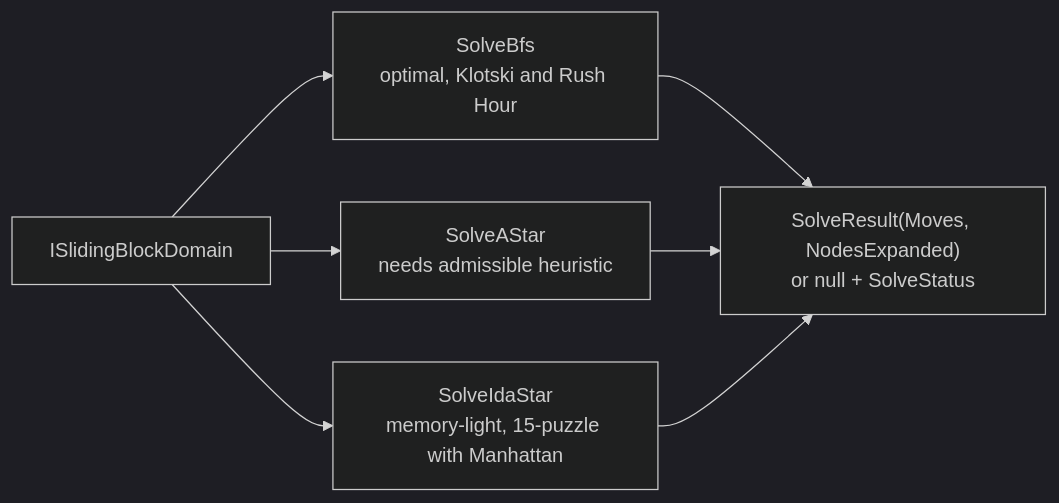
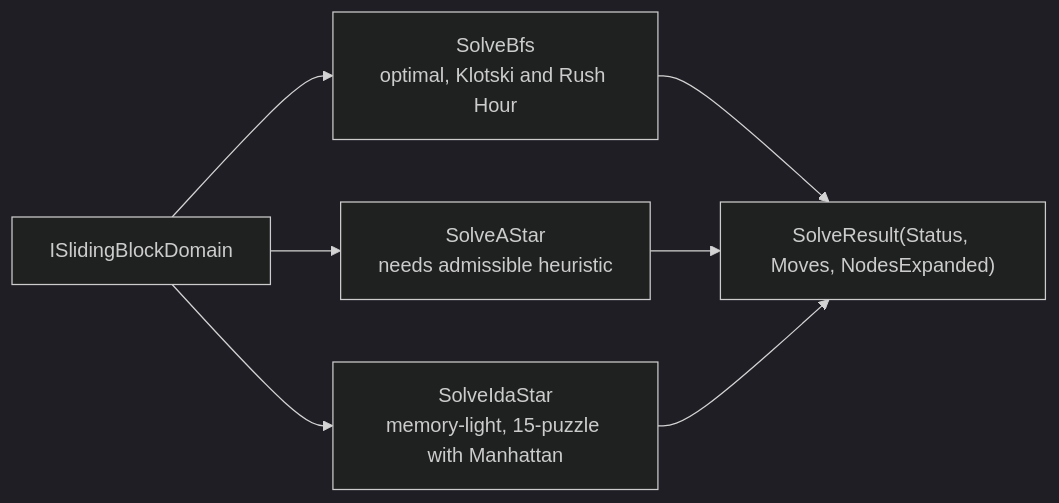
One commit to th3snark/E2e4.SlidingBlock.Logic changed the second of 3 diagrams in docs/05-object-model.md. Above: the diagram before and after it, drawn with Mermaid (dark theme). The commit also changed other lines of this file and 68 other files, not shown here.

First line of the commit message:
Make net10.0 the primary target; own bitboard structs; one status-carrying solver result

````diff
--- a/docs/05-object-model.md
+++ b/docs/05-object-model.md
@@ -130,7 +130,7 @@
 ```mermaid
 flowchart LR
     D[ISlidingBlockDomain] --> B[SolveBfs<br/>optimal, Klotski and Rush Hour]
     D --> A[SolveAStar<br/>needs admissible heuristic]
     D --> I[SolveIdaStar<br/>memory-light, 15-puzzle with Manhattan]
-    B & A & I --> R["SolveResult(Moves, NodesExpanded)<br/>or null + SolveStatus"]
+    B & A & I --> R["SolveResult(Status, Moves, NodesExpanded)"]
 ```
````
